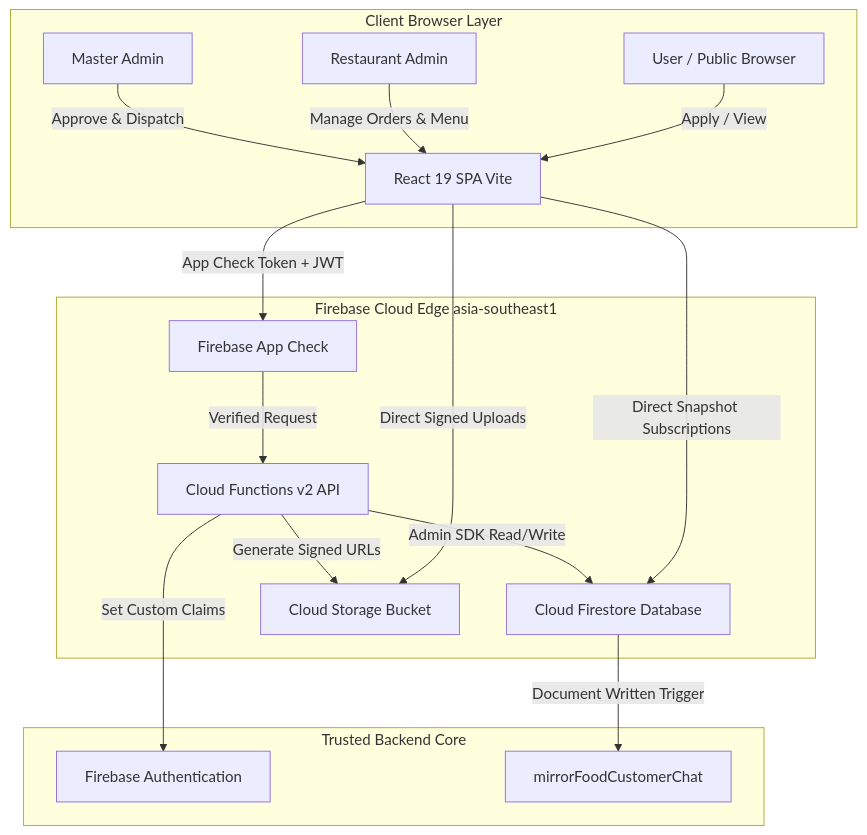
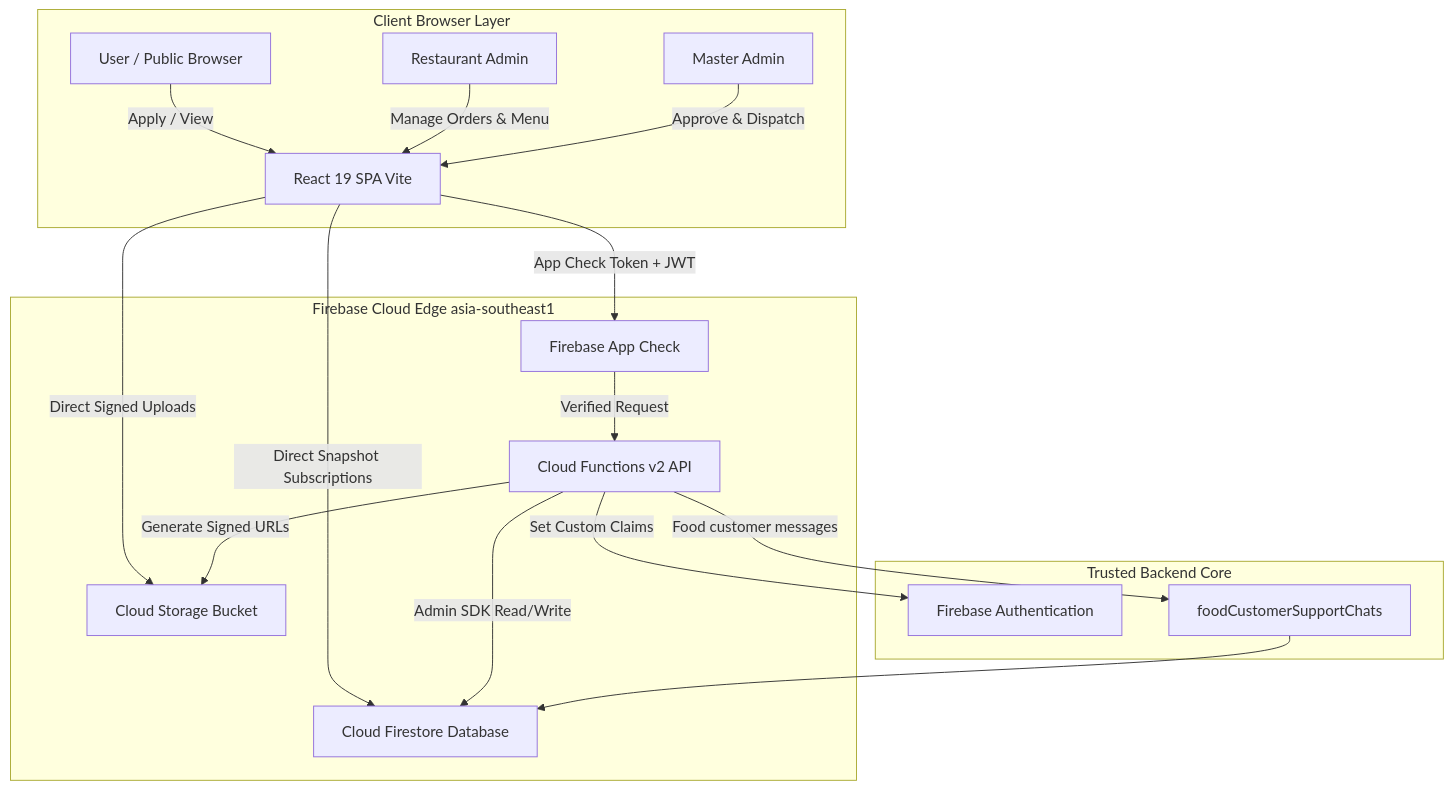
One commit to Thaiseva-Org/thaiseva-food-portal changed the diagram in docs/ARCHITECTURE.md. Above: the diagram before and after it, drawn with Mermaid. The commit also changed 20 other files, not shown here.

Commit message:
docs: detailed update of API documentation including customer chat integration

````diff
--- a/docs/ARCHITECTURE.md
+++ b/docs/ARCHITECTURE.md
@@ -18,22 +18,23 @@
 ```mermaid
 graph TD
     subgraph Client Browser Layer
         UA[User / Public Browser] -->|Apply / View| FE[React 19 SPA Vite]
         RA[Restaurant Admin] -->|Manage Orders & Menu| FE
         MA[Master Admin] -->|Approve & Dispatch| FE
     end
 
     subgraph Firebase Cloud Edge asia-southeast1
         FE -->|App Check Token + JWT| AC[Firebase App Check]
         AC -->|Verified Request| CF[Cloud Functions v2 API]
         FE -->|Direct Snapshot Subscriptions| FS[Cloud Firestore Database]
         FE -->|Direct Signed Uploads| ST[Cloud Storage Bucket]
     end
 
     subgraph Trusted Backend Core
         CF -->|Admin SDK Read/Write| FS
         CF -->|Generate Signed URLs| ST
         CF -->|Set Custom Claims| FA[Firebase Authentication]
-        FS -->|Document Written Trigger| Trig[mirrorFoodCustomerChat]
+        CF -->|Food customer messages| FCHAT[foodCustomerSupportChats]
+        FCHAT --> FS
     end
 ```
````
